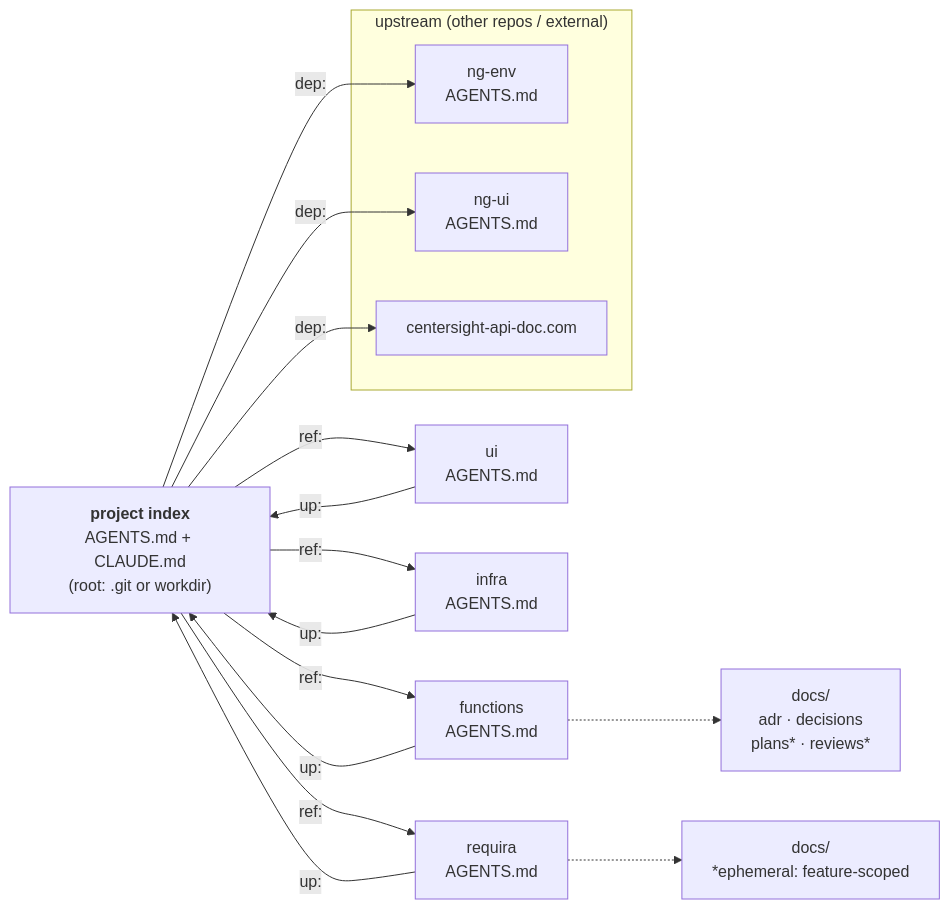
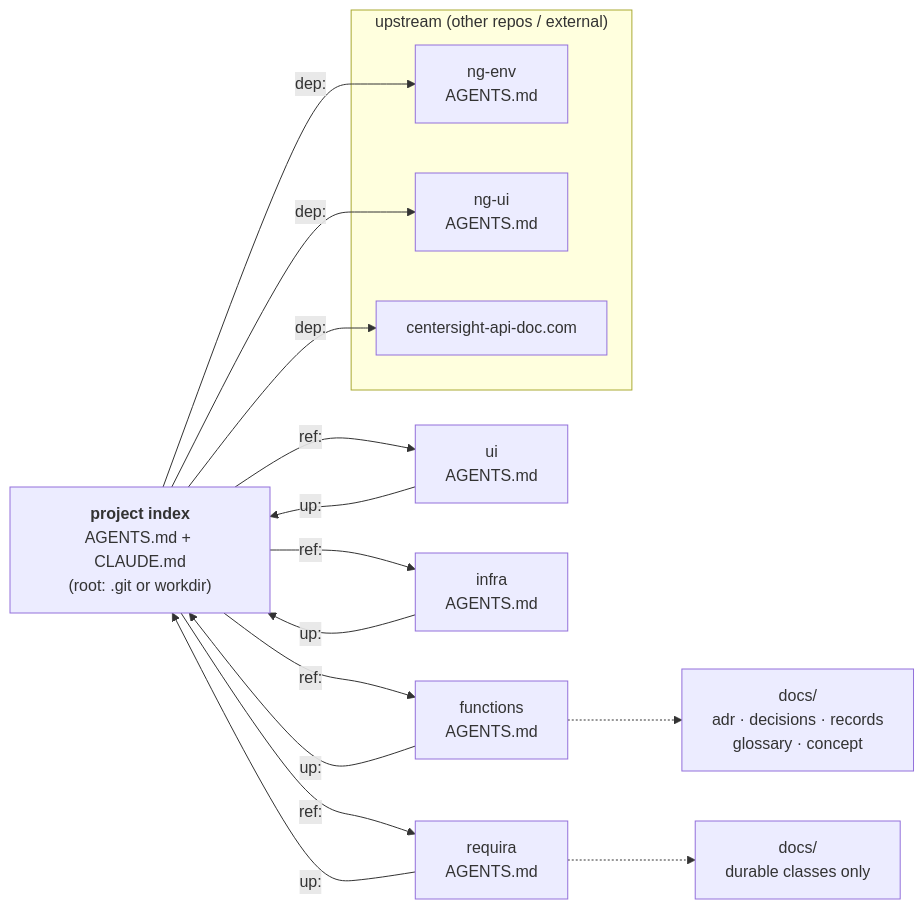
The diagram in README.md (a-grasso/agent-docs-standard), drawn with Mermaid before and after one commit. The commit also changed other lines of this file and 40 other files, not shown here.

````diff
--- a/README.md
+++ b/README.md
@@ -48,32 +52,32 @@
 ```mermaid
 graph LR
     subgraph up_deps["upstream (other repos / external)"]
         NGENV["ng-env<br/>AGENTS.md"]
         NGUI["ng-ui<br/>AGENTS.md"]
         API["centersight-api-doc.com"]
     end
 
     IDX["<b>project index</b><br/>AGENTS.md + CLAUDE.md<br/>(root: .git or workdir)"]
 
     FN["functions<br/>AGENTS.md"]
     UI["ui<br/>AGENTS.md"]
     RQ["requira<br/>AGENTS.md"]
     INF["infra<br/>AGENTS.md"]
 
     IDX -- "ref:" --> FN
     IDX -- "ref:" --> UI
     IDX -- "ref:" --> RQ
     IDX -- "ref:" --> INF
 
     FN -- "up:" --> IDX
     UI -- "up:" --> IDX
     RQ -- "up:" --> IDX
     INF -- "up:" --> IDX
 
     IDX -- "dep:" --> NGENV
     IDX -- "dep:" --> NGUI
     IDX -- "dep:" --> API
 
-    FN -.-> FND["docs/<br/>adr · decisions<br/>plans* · reviews*"]
-    RQ -.-> RQD["docs/<br/>*ephemeral: feature-scoped"]
+    FN -.-> FND["docs/<br/>adr · decisions · records<br/>glossary · concept"]
+    RQ -.-> RQD["docs/<br/>durable classes only"]
 ```
````
